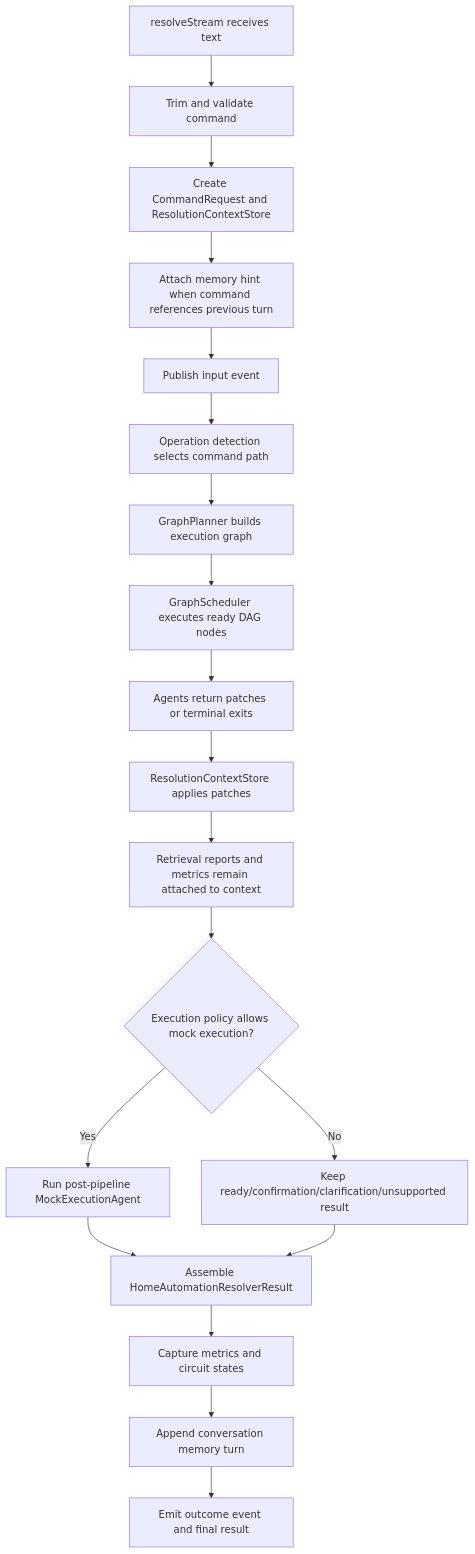
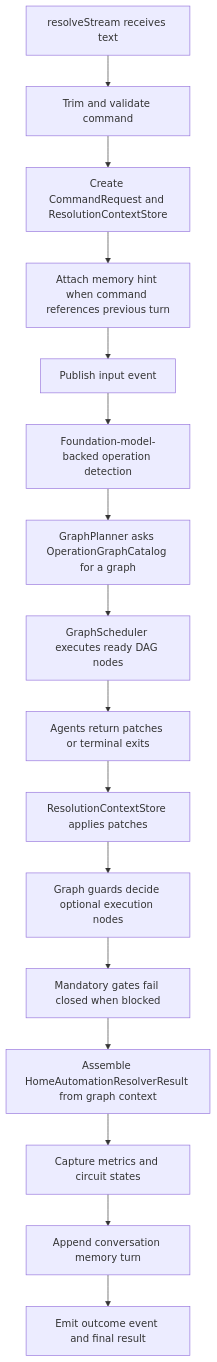
Before and after one commit to ksypinro/HomeAutomation: the second of 3 diagrams in HomeAutomationCore/Sources/HomeAutomationOrchestrator/README.md, drawn with Mermaid. The commit also changed other lines of this file and 27 other files, not shown here.

````diff
--- a/HomeAutomationCore/Sources/HomeAutomationOrchestrator/README.md
+++ b/HomeAutomationCore/Sources/HomeAutomationOrchestrator/README.md
@@ -54,21 +49,18 @@
 ```mermaid
 flowchart TD
     A["resolveStream receives text"] --> B["Trim and validate command"]
     B --> C["Create CommandRequest and ResolutionContextStore"]
     C --> D["Attach memory hint when command references previous turn"]
     D --> E["Publish input event"]
-    E --> F["Operation detection selects command path"]
-    F --> G["GraphPlanner builds execution graph"]
+    E --> F["Foundation-model-backed operation detection"]
+    F --> G["GraphPlanner asks OperationGraphCatalog for a graph"]
     G --> H["GraphScheduler executes ready DAG nodes"]
     H --> I["Agents return patches or terminal exits"]
     I --> J["ResolutionContextStore applies patches"]
-    J --> K["Retrieval reports and metrics remain attached to context"]
-    K --> L{"Execution policy allows mock execution?"}
-    L -->|Yes| M["Run post-pipeline MockExecutionAgent"]
-    L -->|No| N["Keep ready/confirmation/clarification/unsupported result"]
-    M --> O["Assemble HomeAutomationResolverResult"]
-    N --> O
-    O --> P["Capture metrics and circuit states"]
-    P --> Q["Append conversation memory turn"]
-    Q --> R["Emit outcome event and final result"]
+    J --> K["Graph guards decide optional execution nodes"]
+    K --> L["Mandatory gates fail closed when blocked"]
+    L --> M["Assemble HomeAutomationResolverResult from graph context"]
+    M --> N["Capture metrics and circuit states"]
+    N --> O["Append conversation memory turn"]
+    O --> P["Emit outcome event and final result"]
 ```
````
